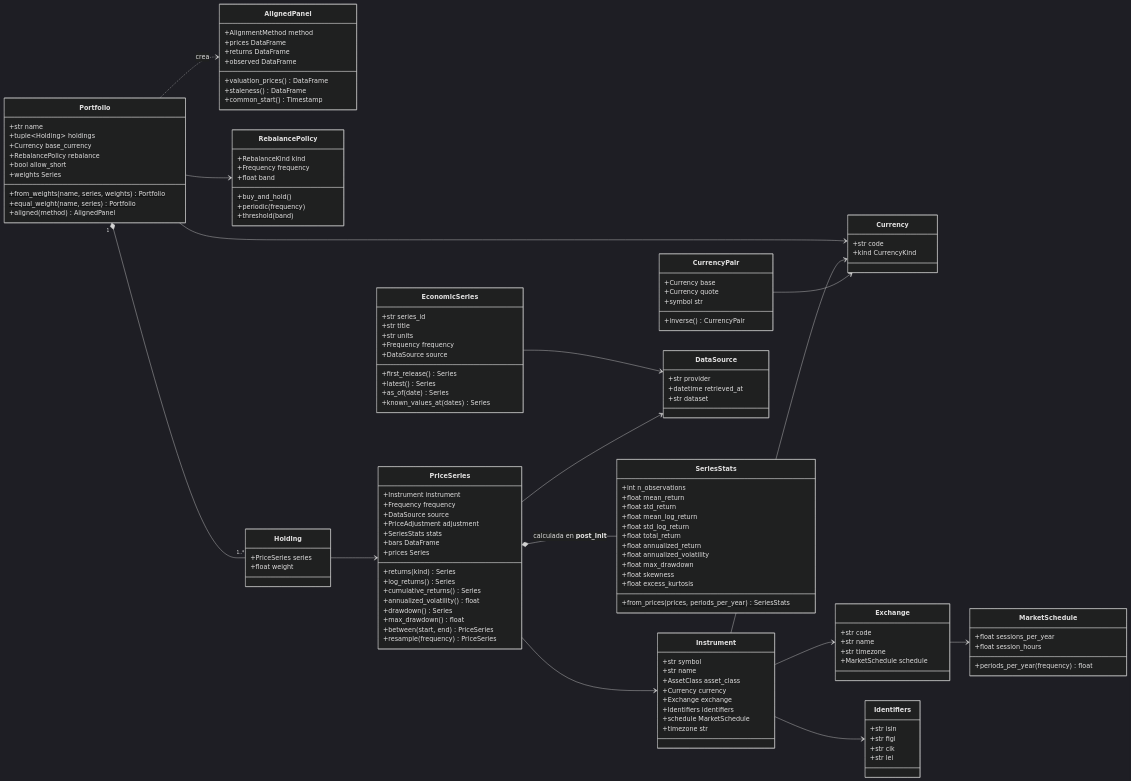
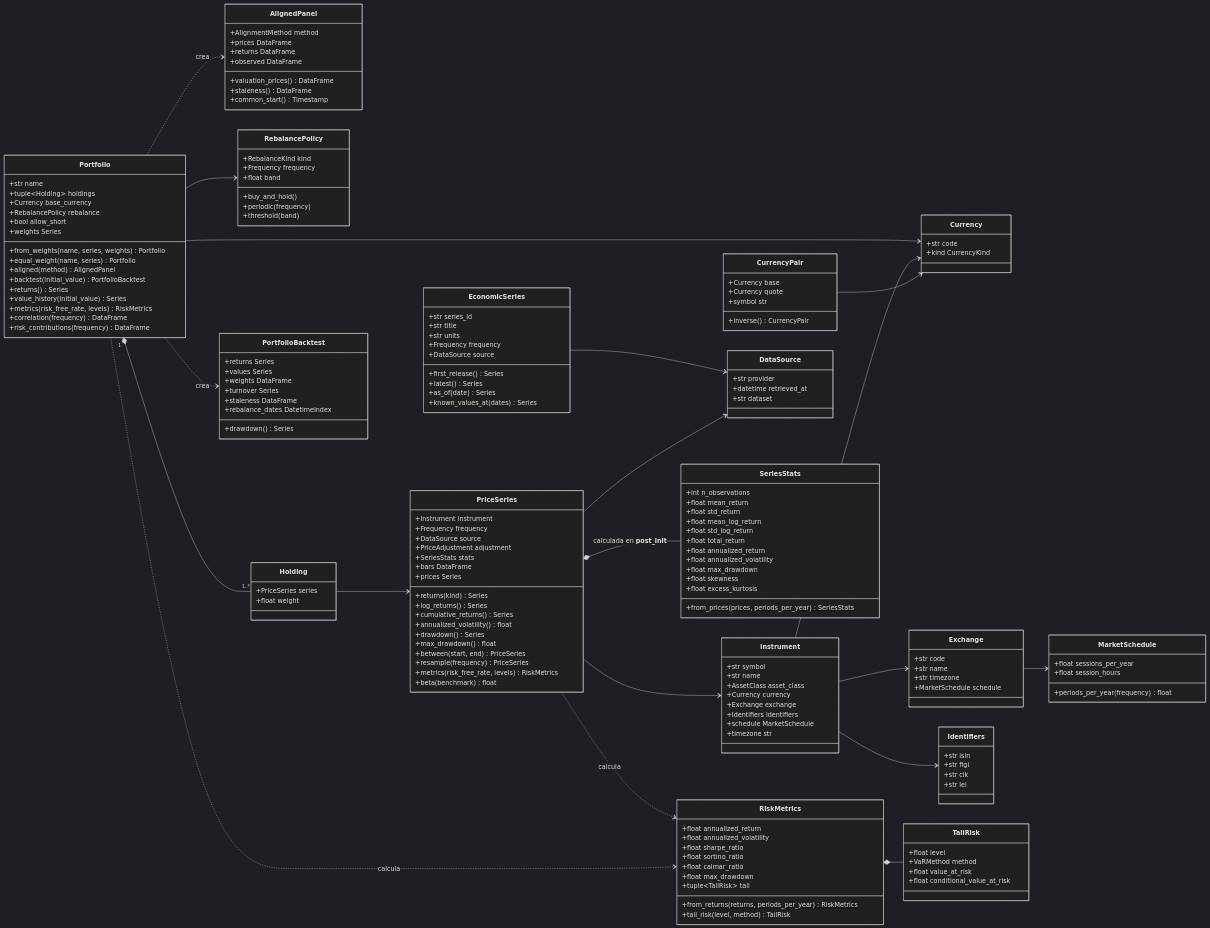
The diagram in docs/architecture/domain.md (JAVIIFDEEZ/Finances), drawn with Mermaid (dark theme) before and after one commit. The commit also changed other lines of this file and 6 other files, not shown here.

First line of the commit message:
docs: add ADR-0013 and document risk analytics in the domain diagram

````diff
--- a/docs/architecture/domain.md
+++ b/docs/architecture/domain.md
@@ -83,6 +83,8 @@
         +max_drawdown() float
         +between(start, end) PriceSeries
         +resample(frequency) PriceSeries
+        +metrics(risk_free_rate, levels) RiskMetrics
+        +beta(benchmark) float
     }
     class EconomicSeries {
         +str series_id
@@ -126,6 +128,38 @@
         +from_weights(name, series, weights)$ Portfolio
         +equal_weight(name, series)$ Portfolio
         +aligned(method) AlignedPanel
+        +backtest(initial_value) PortfolioBacktest
+        +returns() Series
+        +value_history(initial_value) Series
+        +metrics(risk_free_rate, levels) RiskMetrics
+        +correlation(frequency) DataFrame
+        +risk_contributions(frequency) DataFrame
+    }
+    class PortfolioBacktest {
+        +returns Series
+        +values Series
+        +weights DataFrame
+        +turnover Series
+        +staleness DataFrame
+        +rebalance_dates DatetimeIndex
+        +drawdown() Series
+    }
+    class RiskMetrics {
+        +float annualized_return
+        +float annualized_volatility
+        +float sharpe_ratio
+        +float sortino_ratio
+        +float calmar_ratio
+        +float max_drawdown
+        +tuple~TailRisk~ tail
+        +from_returns(returns, periods_per_year)$ RiskMetrics
+        +tail_risk(level, method) TailRisk
+    }
+    class TailRisk {
+        +float level
+        +VaRMethod method
+        +float value_at_risk
+        +float conditional_value_at_risk
     }
 
     CurrencyPair --> Currency
@@ -142,4 +176,8 @@
     Portfolio --> RebalancePolicy
     Portfolio --> Currency
     Portfolio ..> AlignedPanel : crea
+    Portfolio ..> PortfolioBacktest : crea
+    Portfolio ..> RiskMetrics : calcula
+    PriceSeries ..> RiskMetrics : calcula
+    RiskMetrics *-- TailRisk
 ```
````
